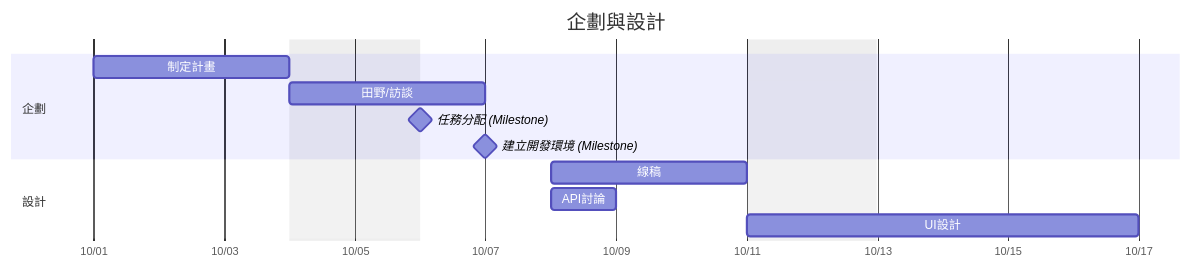
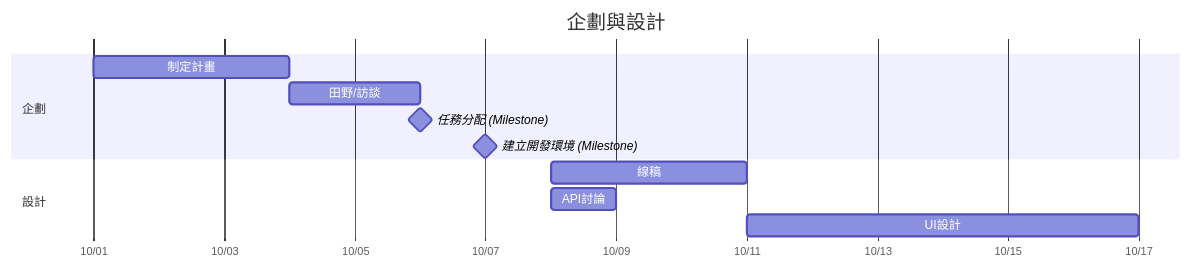
Before and after one commit to jiahong32/NKUST_SAD_Homework: the first of 4 diagrams in Project_Schedule_Planning.md, drawn with Mermaid. The commit also changed other lines of this file, not shown here.

````diff
--- a/Project_Schedule_Planning.md
+++ b/Project_Schedule_Planning.md
@@ -13,19 +13,18 @@
 ```mermaid
 gantt
   title 企劃與設計
   dateFormat  YYYY-MM-DD
   axisFormat  %m/%d
-  excludes    weekends
 
   section 企劃
   制定計畫              :2025-10-01, 3d
   田野/訪談             :2025-10-04, 2d
   任務分配 (Milestone)   :milestone, 2025-10-06, 0d
   建立開發環境 (Milestone):milestone, 2025-10-07, 0d
 
   section 設計
   線稿          :2025-10-08, 3d
   API討論         :2025-10-08, 2025-10-09
   UI設計       :2025-10-11, 2025-10-17
 
 ```
````
